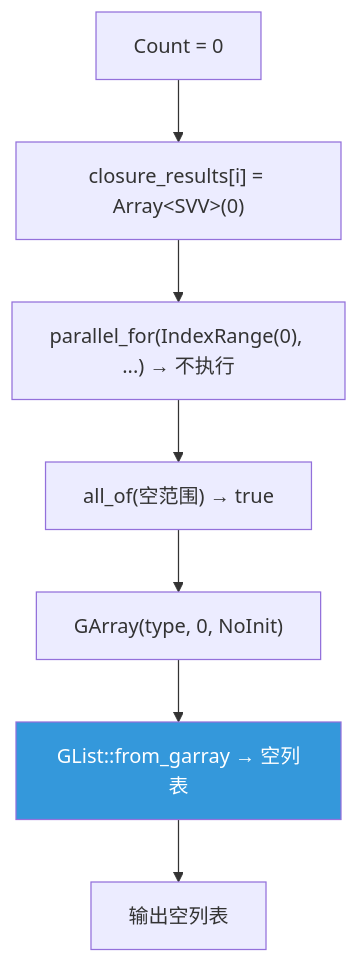
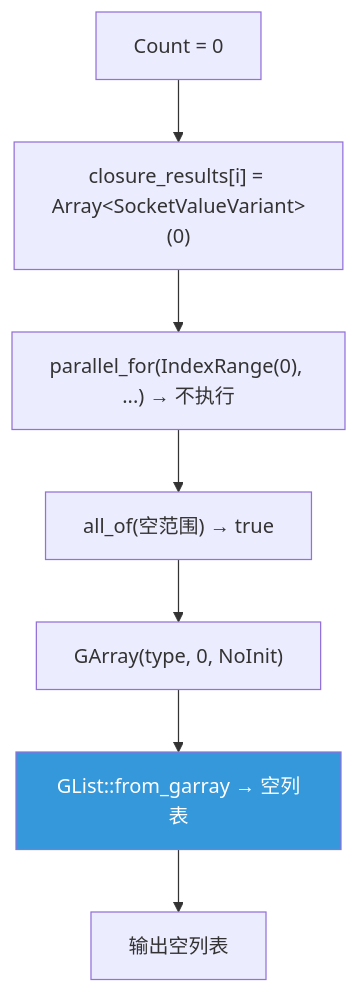
Before and after one commit to yunkezengren/blender-.vscode: diagram 33 of 34 in 杂/markdown/几何节点-列表/09-ClosureToList节点.md, drawn with Mermaid. The commit also changed other lines of this file and 8 other files, not shown here.

````diff
--- a/杂/markdown/几何节点-列表/09-ClosureToList节点.md
+++ b/杂/markdown/几何节点-列表/09-ClosureToList节点.md
@@ -2367,11 +2367,11 @@
 ```mermaid
 flowchart TD
-    Count0["Count = 0"] --> AllocEmpty["closure_results[i] = Array&lt;SVV&gt;(0)"]
+    Count0["Count = 0"] --> AllocEmpty["closure_results[i] = Array&lt;SocketValueVariant&gt;(0)"]
     AllocEmpty --> NoParallel["parallel_for(IndexRange(0), ...) → 不执行"]
     NoParallel --> AllOf["all_of(空范围) → true"]
     AllOf --> EmptyGArray["GArray(type, 0, NoInit)"]
     EmptyGArray --> EmptyList["GList::from_garray → 空列表"]
     EmptyList --> Output["输出空列表"]
 
     style EmptyList fill:#3498db,color:#fff
 ```
````
